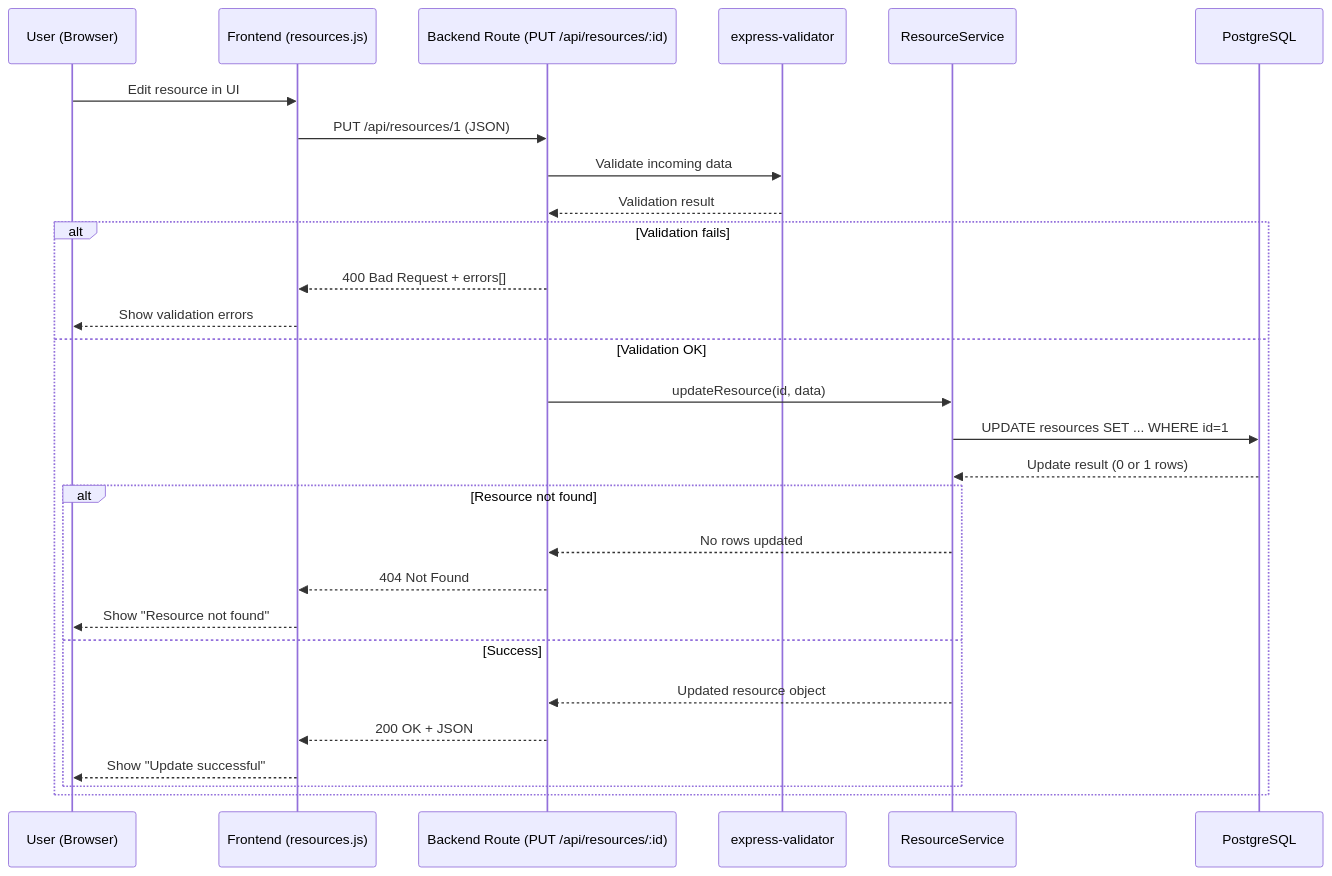
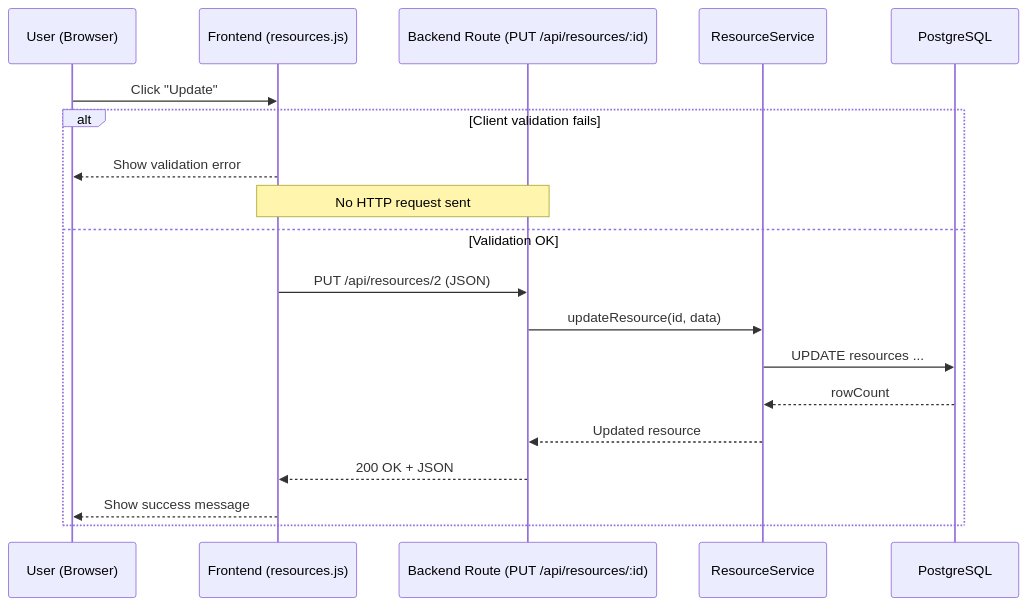
One commit to viekko/IT00AK35-3005-Web-kehitt-misen-jatkokurssi changed the third of 4 diagrams in BookingSystemPhase6/BookingSystemPhase6_Report.md. Above: the diagram before and after it, drawn with Mermaid. The commit also changed other lines of this file, not shown here.

Commit message:
Refactor sequence diagram for resource update
Removed express-validator participant and updated sequence diagram for resource update process to reflect client-side validation.

````diff
--- a/BookingSystemPhase6/BookingSystemPhase6_Report.md
+++ b/BookingSystemPhase6/BookingSystemPhase6_Report.md
@@ -68,34 +68,23 @@
 ```mermaid
 sequenceDiagram
     participant U as User (Browser)
     participant F as Frontend (resources.js)
     participant B as Backend Route (PUT /api/resources/:id)
-    participant V as express-validator
     participant S as ResourceService
     participant DB as PostgreSQL
 
-    U->>F: Edit resource in UI
-    F->>B: PUT /api/resources/1 (JSON)
+    U->>F: Click "Update"
 
-    B->>V: Validate incoming data
-    V-->>B: Validation result
-
-    alt Validation fails
-        B-->>F: 400 Bad Request + errors[]
-        F-->>U: Show validation errors
+    alt Client validation fails
+        F-->>U: Show validation error
+        Note over F,B: No HTTP request sent
     else Validation OK
+        F->>B: PUT /api/resources/2 (JSON)
         B->>S: updateResource(id, data)
-        S->>DB: UPDATE resources SET ... WHERE id=1
-        DB-->>S: Update result (0 or 1 rows)
-
-        alt Resource not found
-            S-->>B: No rows updated
-            B-->>F: 404 Not Found
-            F-->>U: Show "Resource not found"
-        else Success
-            S-->>B: Updated resource object
-            B-->>F: 200 OK + JSON
-            F-->>U: Show "Update successful"
-        end
+        S->>DB: UPDATE resources ...
+        DB-->>S: rowCount
+        S-->>B: Updated resource
+        B-->>F: 200 OK + JSON
+        F-->>U: Show success message
     end
 ```
````
